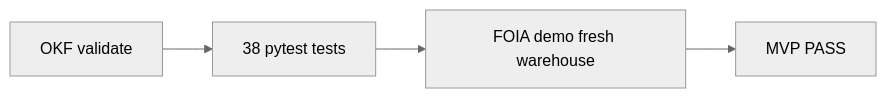
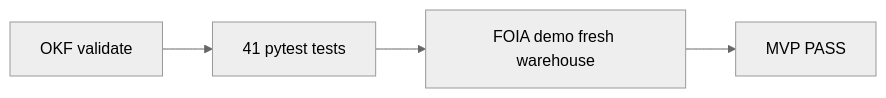
One commit to khaosans/operator-etl changed the second of 2 diagrams in docs/GETTING-STARTED.md. Above: the diagram before and after it, drawn with Mermaid (neutral theme). The commit also changed other lines of this file and 47 other files, not shown here.

````diff
--- a/docs/GETTING-STARTED.md
+++ b/docs/GETTING-STARTED.md
@@ -83,6 +83,6 @@
 ```mermaid
 flowchart LR
-  OKF[OKF validate] --> pytest[38 pytest tests]
+  OKF[OKF validate] --> pytest[41 pytest tests]
   pytest --> demo[FOIA demo fresh warehouse]
   demo --> pass[MVP PASS]
 ```
````
